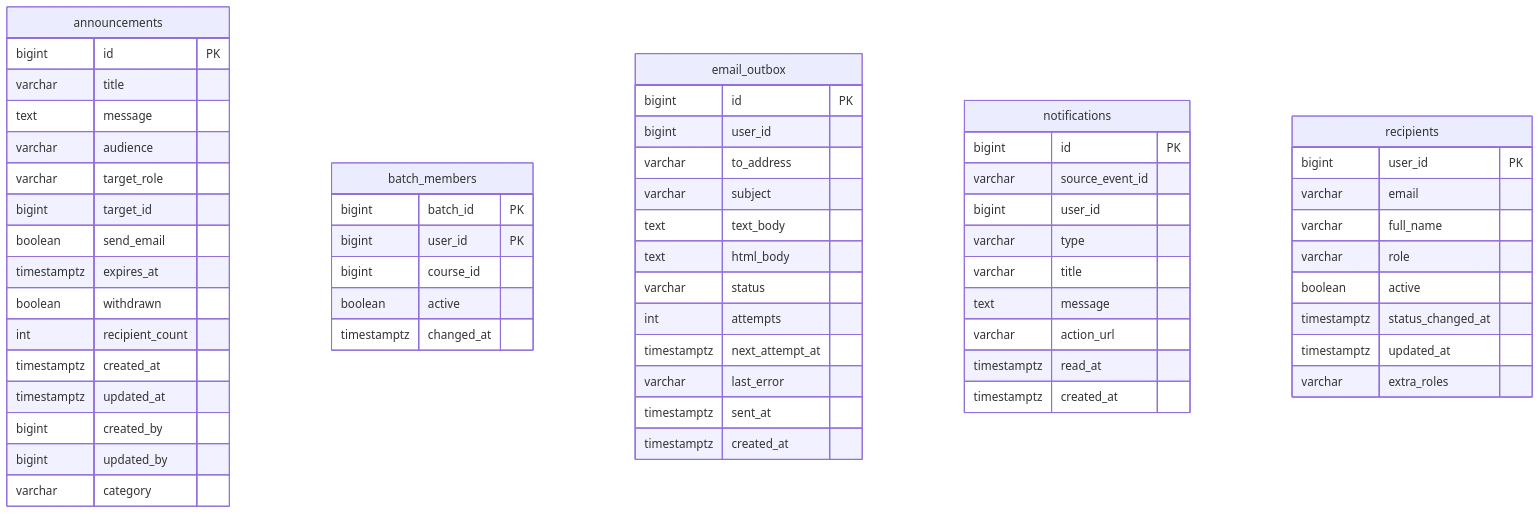
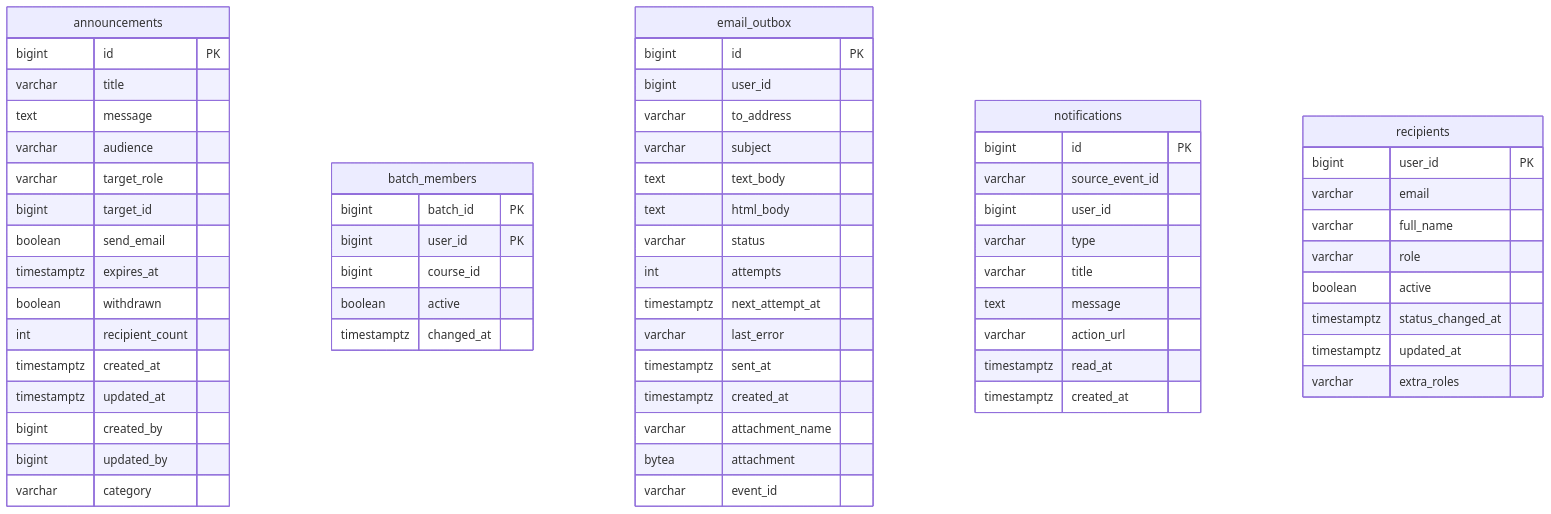
Before and after one commit to rohanrk2810/ITLMS: the diagram in docs/diagrams/db/notification.mmd, drawn with Mermaid. The commit also changed 35 other files, not shown here.

```diff
--- a/docs/diagrams/db/notification.mmd
+++ b/docs/diagrams/db/notification.mmd
@@ -1,60 +1,63 @@
 erDiagram
     announcements {
         bigint id PK
         varchar title
         text message
         varchar audience
         varchar target_role
         bigint target_id
         boolean send_email
         timestamptz expires_at
         boolean withdrawn
         int recipient_count
         timestamptz created_at
         timestamptz updated_at
         bigint created_by
         bigint updated_by
         varchar category
     }
     batch_members {
         bigint batch_id PK
         bigint user_id PK
         bigint course_id
         boolean active
         timestamptz changed_at
     }
     email_outbox {
         bigint id PK
         bigint user_id
         varchar to_address
         varchar subject
         text text_body
         text html_body
         varchar status
         int attempts
         timestamptz next_attempt_at
         varchar last_error
         timestamptz sent_at
         timestamptz created_at
+        varchar attachment_name
+        bytea attachment
+        varchar event_id
     }
     notifications {
         bigint id PK
         varchar source_event_id
         bigint user_id
         varchar type
         varchar title
         text message
         varchar action_url
         timestamptz read_at
         timestamptz created_at
     }
     recipients {
         bigint user_id PK
         varchar email
         varchar full_name
         varchar role
         boolean active
         timestamptz status_changed_at
         timestamptz updated_at
         varchar extra_roles
     }
```
